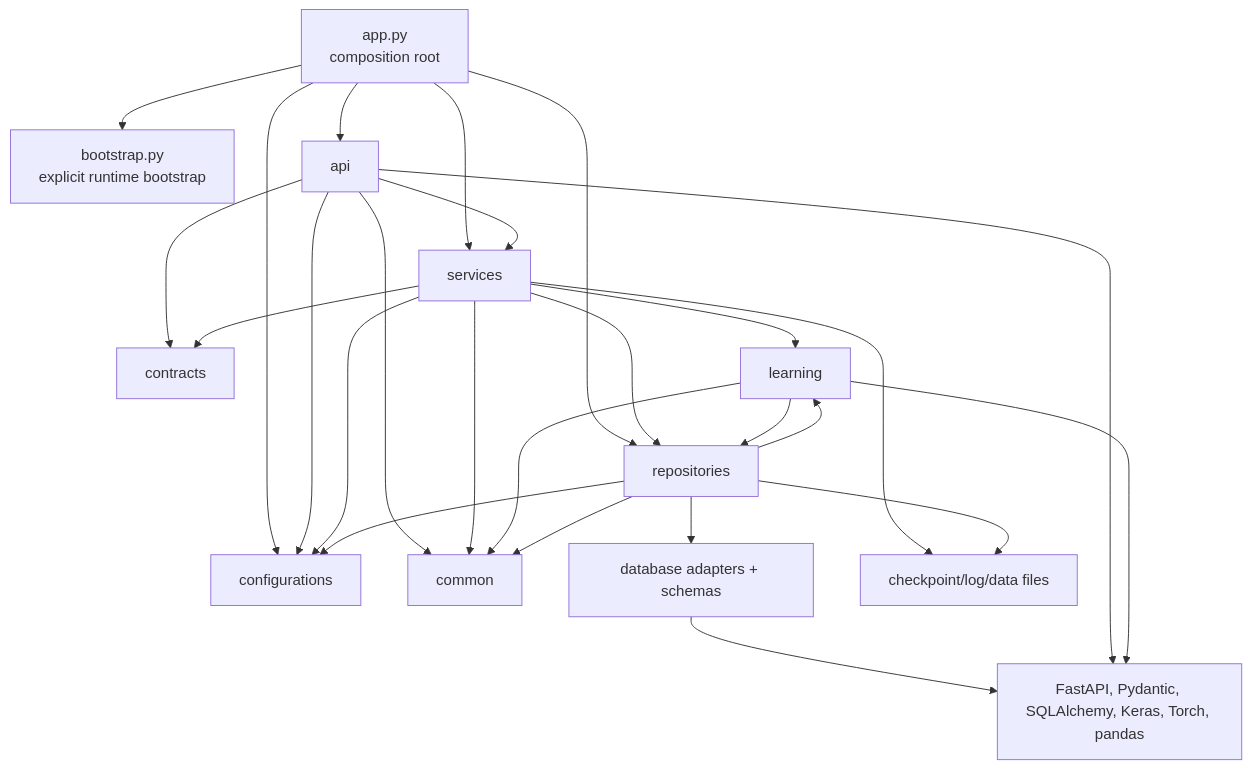
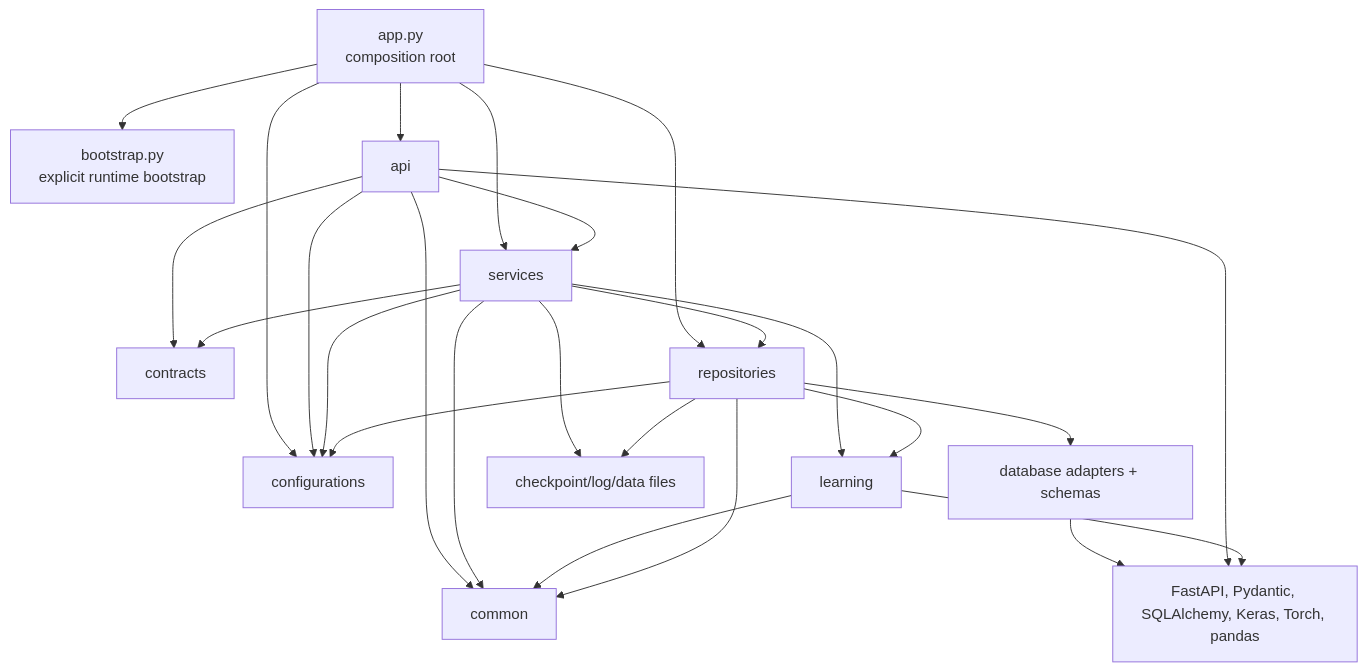
One commit to CTCycle/FAIRS-Roulette-Player changed the first of 5 diagrams in assets/docs/architecture/execution_and_data_flow.md. Above: the diagram before and after it, drawn with Mermaid. The commit also changed other lines of this file and 2 other files, not shown here.

````diff
--- a/assets/docs/architecture/execution_and_data_flow.md
+++ b/assets/docs/architecture/execution_and_data_flow.md
@@ -19,41 +19,40 @@
 ```mermaid
 flowchart TD
     Root[app.py\ncomposition root]
     Bootstrap[bootstrap.py\nexplicit runtime bootstrap]
     API[api]
     Contracts[contracts]
     Config[configurations]
     Services[services]
     Learning[learning]
     Repos[repositories]
     Common[common]
     DB[database adapters + schemas]
     Files[checkpoint/log/data files]
     ThirdParty[FastAPI, Pydantic, SQLAlchemy, Keras, Torch, pandas]
 
     Root --> API
     Root --> Bootstrap
     Root --> Config
     Root --> Services
     Root --> Repos
     API --> Contracts
     API --> Config
     API --> Services
     API --> Common
     Services --> Contracts
     Services --> Config
     Services --> Learning
     Services --> Repos
     Services --> Common
-    Learning --> Repos
     Learning --> Common
     Repos --> Config
     Repos --> DB
     Repos --> Learning
     Repos --> Common
     DB --> ThirdParty
     API --> ThirdParty
     Learning --> ThirdParty
     Services --> Files
     Repos --> Files
 ```
````
